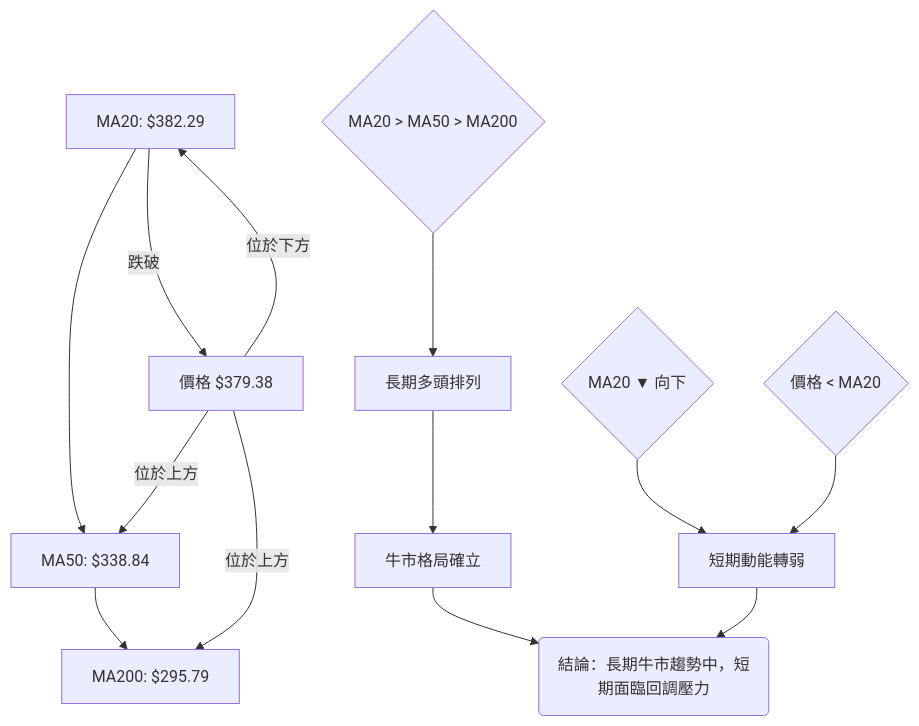
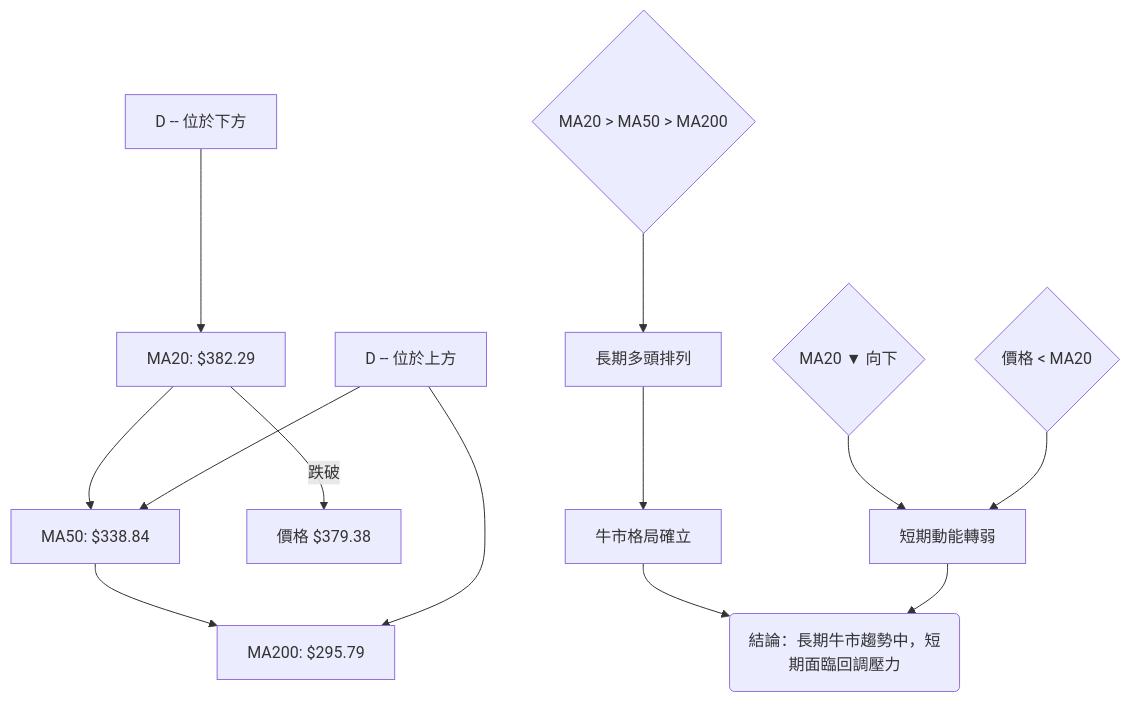
One commit to yennanliu/finance_data changed the seventh of 8 diagrams in ai_gen_report/stock/goog/technical_analysis_2026-05-23_gemini.md. Above: the diagram before and after it, drawn with Mermaid. The commit also changed other lines of this file and 2258 other files, not shown here.

First line of the commit message:
chore: backfill Mermaid syntax repair across existing reports

````diff
--- a/ai_gen_report/stock/goog/technical_analysis_2026-05-23_gemini.md
+++ b/ai_gen_report/stock/goog/technical_analysis_2026-05-23_gemini.md
@@ -508,18 +508,18 @@
 ```mermaid
 graph TD
-    A[MA20: $382.29] --> B[MA50: $338.84]
-    B --> C[MA200: $295.79]
+    A["MA20: $382.29"] --> B["MA50: $338.84"]
+    B --> C["MA200: $295.79"]
 
-    A -- 跌破 --> D[價格 $379.38]
-    D -- 位於下方 --> A
-    D -- 位於上方 --> B
-    D -- 位於上方 --> C
+    A -- 跌破 --> D["價格 $379.38"]
+    nb1["D -- 位於下方"] --> A
+    nb2["D -- 位於上方"] --> B
+    nb2["D -- 位於上方"] --> C
 
-    MA_Order{MA20 > MA50 > MA200} --> E[長期多頭排列]
-    E --> F[牛市格局確立]
+    MA_Order{"MA20 > MA50 > MA200"} --> E["長期多頭排列"]
+    E --> F["牛市格局確立"]
 
-    MA20_Trend{MA20 ▼ 向下} --> G[短期動能轉弱]
-    Price_vs_MA20{價格 < MA20} --> G
+    MA20_Trend{"MA20 ▼ 向下"} --> G["短期動能轉弱"]
+    Price_vs_MA20{"價格 < MA20"} --> G
 
-    F & G --> H(結論：長期牛市趨勢中，短期面臨回調壓力)
+    F & G --> H("結論：長期牛市趨勢中，短期面臨回調壓力")
 ```
````
